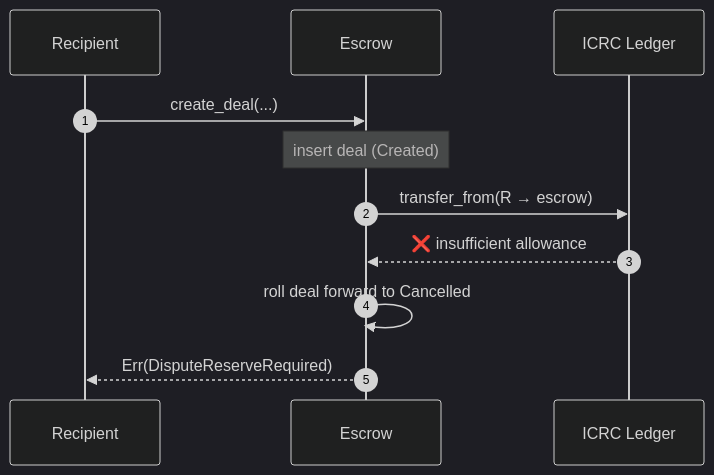
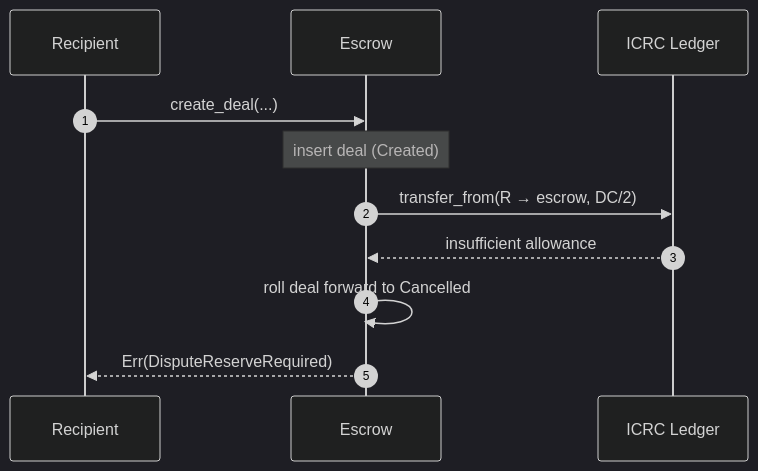
Before and after one commit to AntonioVentilii/escrow: the second of 2 diagrams in docs/flows/recipient-creator.md, drawn with Mermaid (dark theme). The commit also changed other lines of this file and 8 other files, not shown here.

````diff
--- a/docs/flows/recipient-creator.md
+++ b/docs/flows/recipient-creator.md
@@ -65,14 +68,14 @@
 ```mermaid
 sequenceDiagram
     autonumber
     participant R as Recipient
     participant E as Escrow
     participant L as ICRC Ledger
 
     R->>E: create_deal(...)
     Note over E: insert deal (Created)
-    E->>L: transfer_from(R → escrow)
-    L-->>E: ❌ insufficient allowance
+    E->>L: transfer_from(R → escrow, DC/2)
+    L-->>E: insufficient allowance
     E->>E: roll deal forward to Cancelled
     E-->>R: Err(DisputeReserveRequired)
 ```
````
